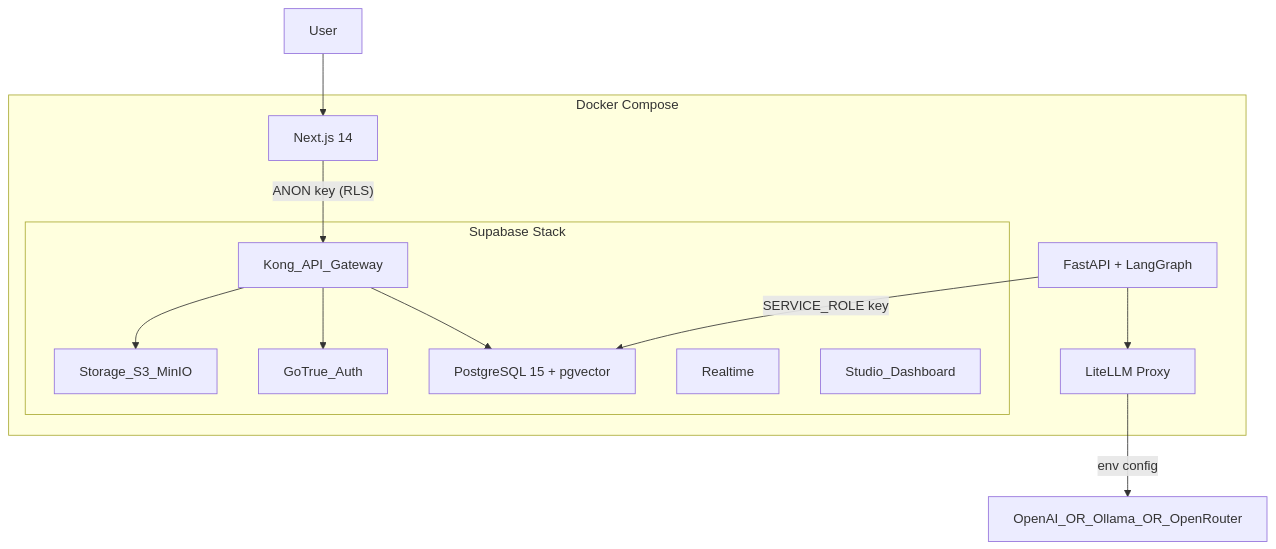
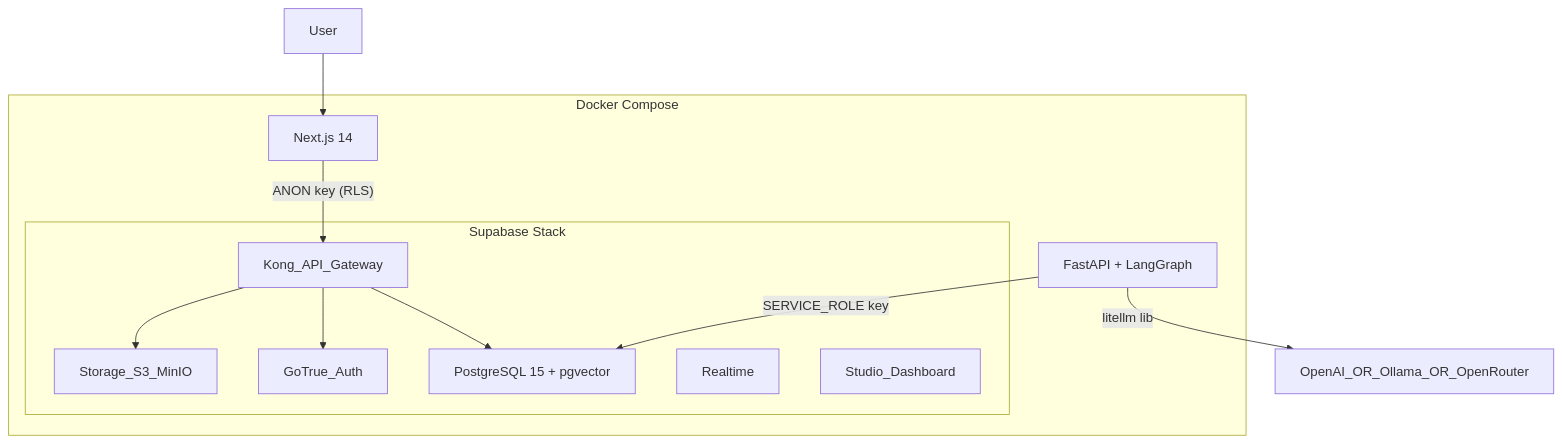
The first of 2 diagrams in .cursor/plans/roka_lean_implementation_70de4721.plan.md (arthur-b-renaud/roka), drawn with Mermaid before and after one commit. The commit also changed other lines of this file and 13 other files, not shown here.

````diff
--- a/.cursor/plans/roka_lean_implementation_70de4721.plan.md
+++ b/.cursor/plans/roka_lean_implementation_70de4721.plan.md
@@ -71,26 +71,24 @@
 ```mermaid
 graph TB
     subgraph compose [Docker Compose]
         subgraph supabase [Supabase Stack]
             PG["PostgreSQL 15 + pgvector"]
             Auth[GoTrue_Auth]
             Storage[Storage_S3_MinIO]
             Realtime[Realtime]
             Studio[Studio_Dashboard]
             Kong[Kong_API_Gateway]
         end
 
-        LiteLLM["LiteLLM Proxy"]
         Backend["FastAPI + LangGraph"]
         Frontend["Next.js 14"]
     end
 
     User --> Frontend
     Frontend -->|"ANON key (RLS)"| Kong
     Kong --> PG
     Kong --> Auth
     Kong --> Storage
     Backend -->|"SERVICE_ROLE key"| PG
-    Backend --> LiteLLM
-    LiteLLM -->|"env config"| OpenAI_OR_Ollama_OR_OpenRouter
+    Backend -->|"litellm lib"| OpenAI_OR_Ollama_OR_OpenRouter
 ```
````
